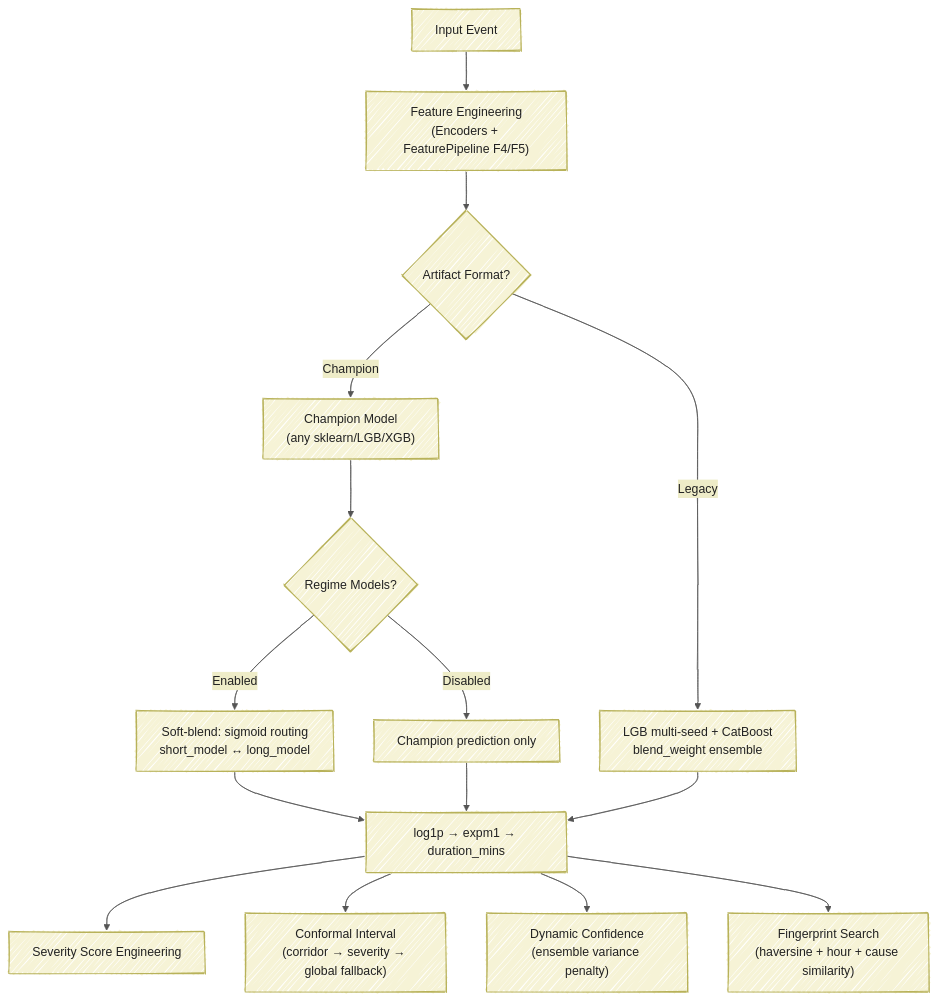
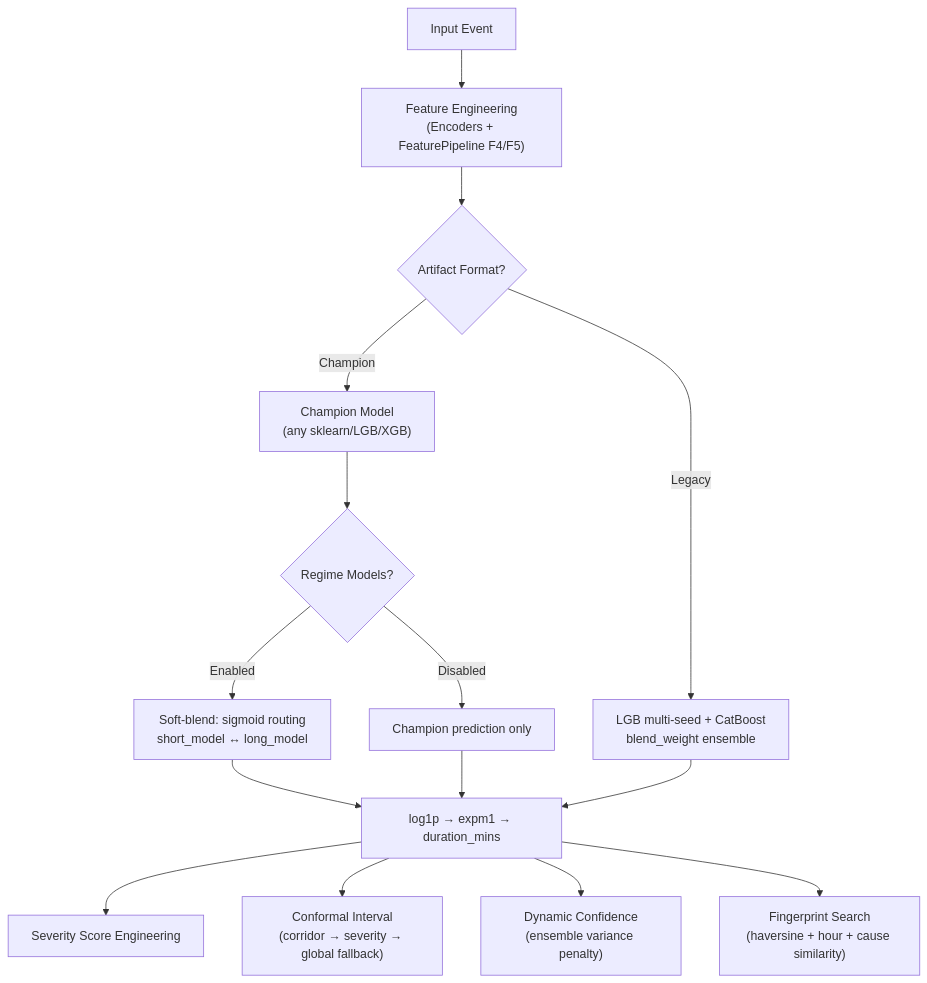
One commit to feastyr69/gridlock_prototype changed the third of 8 diagrams in README.md. Above: the diagram before and after it, drawn with Mermaid. The commit also changed other lines of this file, not shown here.

````diff
--- a/README.md
+++ b/README.md
@@ -277,35 +249,18 @@
 ```mermaid
----
-config:
-  theme: base
-  look: handDrawn
-  themeVariables:
-    primaryColor: "#F6F3D6"
-    primaryBorderColor: "#B8B25A"
-    primaryTextColor: "#222222"
 
-    secondaryColor: "#EEECC8"
-    secondaryBorderColor: "#B8B25A"
-
-    tertiaryColor: "#F9F8E8"
-
-    lineColor: "#555555"
-
-    fontFamily: "'Recursive Variable', sans-serif"
----
 graph TD
     A["Input Event"] --> B["Feature Engineering<br/>(Encoders + FeaturePipeline F4/F5)"]
     B --> C{"Artifact Format?"}
     C -- "Champion" --> D["Champion Model<br/>(any sklearn/LGB/XGB)"]
     C -- "Legacy" --> E["LGB multi-seed + CatBoost<br/>blend_weight ensemble"]
     D --> F{"Regime Models?"}
     F -- "Enabled" --> G["Soft-blend: sigmoid routing<br/>short_model ↔ long_model"]
     F -- "Disabled" --> H["Champion prediction only"]
     G --> I["log1p → expm1 → duration_mins"]
     H --> I
     E --> I
     I --> J["Severity Score Engineering"]
     I --> K["Conformal Interval<br/>(corridor → severity → global fallback)"]
     I --> L["Dynamic Confidence<br/>(ensemble variance penalty)"]
     I --> M["Fingerprint Search<br/>(haversine + hour + cause similarity)"]
 ```
````
